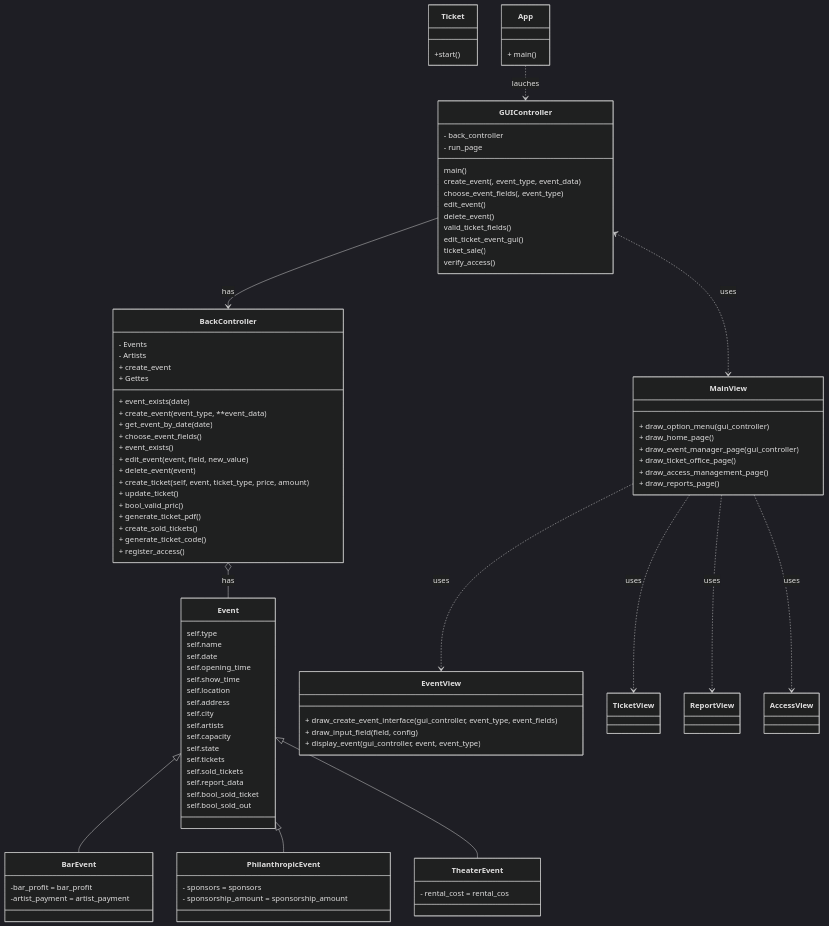
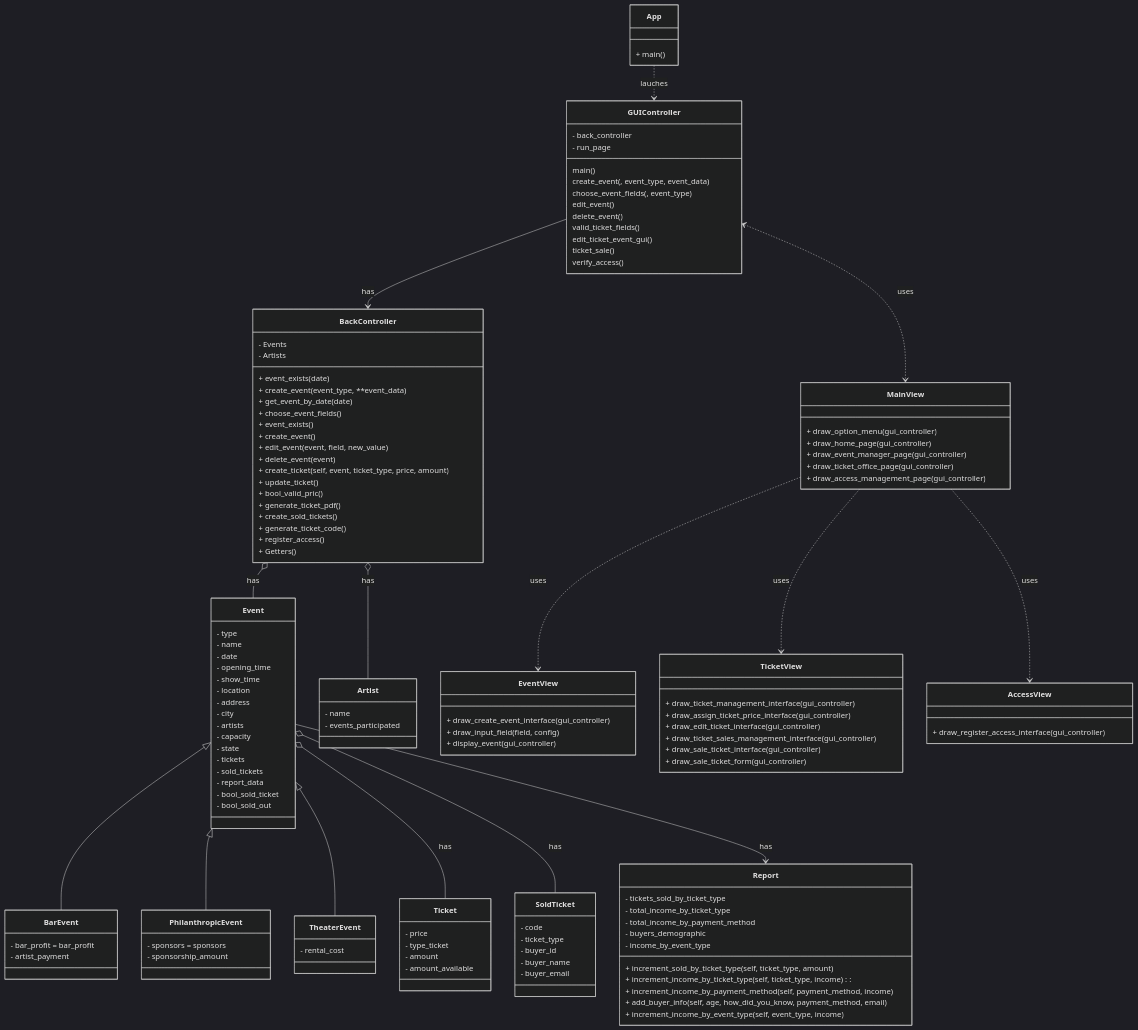
One commit to 300CIS017-Object-Oriented-Programming/0-2-proyecto-segunda-parte-jose-david changed the diagram in README.md. Above: the diagram before and after it, drawn with Mermaid (dark theme). The commit also changed 4 other files, not shown here.

````diff
--- a/README.md
+++ b/README.md
@@ -6,4 +6,5 @@
 ```mermaid
+   
    classDiagram
     class BackController {
         - Events
@@ -13,7 +14,7 @@
         + get_event_by_date(date)
         + choose_event_fields()
         + event_exists()
-        + create_event
+        + create_event()
         + edit_event( event, field, new_value)
         + delete_event(event)
         + create_ticket(self, event, ticket_type, price, amount)
@@ -23,7 +24,7 @@
         + create_sold_tickets()
         + generate_ticket_code()
         + register_access()
-        + Gettes
+        + Getters()
         
     }
     class GUIController {
@@ -41,61 +42,88 @@
         
     }
     class Event {
-        self.type 
-        self.name 
-        self.date 
-        self.opening_time 
-        self.show_time 
-        self.location 
-        self.address 
-        self.city 
-        self.artists 
-        self.capacity 
-        self.state 
-
-        self.tickets  
-        self.sold_tickets 
-        self.report_data
-        self.bool_sold_ticket 
-
-       
-        self.bool_sold_out 
+        - type 
+        - name 
+        - date 
+        - opening_time 
+        - show_time 
+        - location 
+        - address 
+        - city 
+        - artists 
+        - capacity 
+        - state
+        - tickets  
+        - sold_tickets 
+        - report_data
+        - bool_sold_ticket
+        - bool_sold_out 
     }
     class BarEvent {
-        -bar_profit = bar_profit
-        -artist_payment = artist_payment
+        - bar_profit = bar_profit
+        - artist_payment 
+        
     }
     class PhilanthropicEvent {
         - sponsors = sponsors
-        - sponsorship_amount = sponsorship_amount
+        - sponsorship_amount 
     }
     class TheaterEvent {
-        - rental_cost = rental_cos
+        - rental_cost 
     }
     class Ticket {
-        +start()
+        - price 
+        - type_ticket 
+        - amount 
+        - amount_available  
+    }
+    class SoldTicket {
+        - code 
+        - ticket_type 
+        - buyer_id 
+        - buyer_name 
+        - buyer_email 
+    }
+    class Report {
+        - tickets_sold_by_ticket_type 
+        - total_income_by_ticket_type 
+        - total_income_by_payment_method 
+        - buyers_demographic 
+        - income_by_event_type 
+
+        + increment_sold_by_ticket_type(self, ticket_type, amount)
+        + increment_income_by_ticket_type(self, ticket_type, income):
+        + increment_income_by_payment_method(self, payment_method, income)
+        + add_buyer_info(self, age, how_did_you_know, payment_method, email)
+        + increment_income_by_event_type(self, event_type, income)
+    }
+    class Artist {
+        - name
+        - events_participated
     }
     class EventView {
-        + draw_create_event_interface(gui_controller, event_type, event_fields)
+        + draw_create_event_interface(gui_controller)
         + draw_input_field(field, config)
-        + display_event(gui_controller, event, event_type)
+        + display_event(gui_controller)
     }
     class TicketView {
-        
+        + draw_ticket_management_interface(gui_controller)
+        + draw_assign_ticket_price_interface(gui_controller)
+        + draw_edit_ticket_interface(gui_controller)
+        + draw_ticket_sales_management_interface(gui_controller)
+        + draw_sale_ticket_interface(gui_controller)
+        + draw_sale_ticket_form(gui_controller)
     }
-    class ReportView {
-        
-    }
+    
     class AccessView {
-        
+        + draw_register_access_interface(gui_controller)
     }
     class MainView {
         + draw_option_menu(gui_controller)
-        + draw_home_page()
+        + draw_home_page(gui_controller)
         + draw_event_manager_page(gui_controller)
-        + draw_ticket_office_page()
-        + draw_access_management_page()
-        + draw_reports_page()
+        + draw_ticket_office_page(gui_controller)
+        + draw_access_management_page(gui_controller)
     }
     class App {
         + main()
@@ -105,10 +133,15 @@
     GUIController --> BackController: has
     MainView ..> EventView: uses
     MainView ..> TicketView: uses
-    MainView ..> ReportView: uses
     MainView ..> AccessView: uses
     BackController o-- Event: has
+    BackController o-- Artist: has
     Event <|-- BarEvent 
     Event <|-- PhilanthropicEvent 
     Event <|-- TheaterEvent 
+    Event o-- Ticket: has
+    Event o-- SoldTicket: has
+    Event --> Report: has
+    
+    
 ```
````
